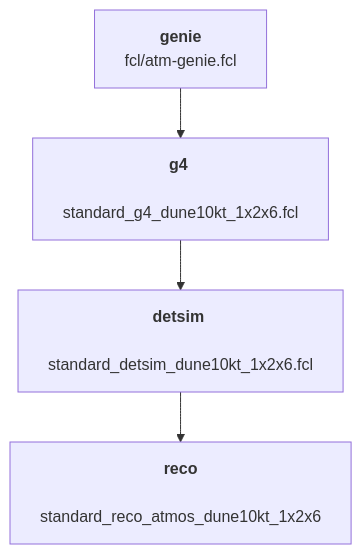
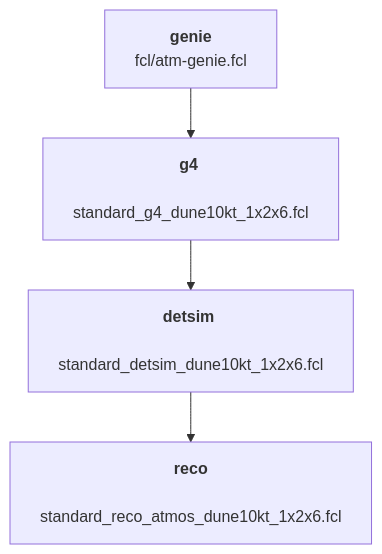
The diagram in README.md (pgranger23/job_manager), drawn with Mermaid before and after one commit. The commit also changed 6 other files, not shown here.

````diff
--- a/README.md
+++ b/README.md
@@ -14,9 +14,9 @@
 ```mermaid
 graph TD
     A["<b>genie</b><br> fcl/atm-genie.fcl"]
     B["<b>g4</b> <br> standard_g4_dune10kt_1x2x6.fcl"]
     C["<b>detsim</b> <br> standard_detsim_dune10kt_1x2x6.fcl"]
-    D["<b>reco</b><br> standard_reco_atmos_dune10kt_1x2x6"]
+    D["<b>reco</b><br> standard_reco_atmos_dune10kt_1x2x6.fcl"]
 
     A --> B --> C --> D
 ```
````
